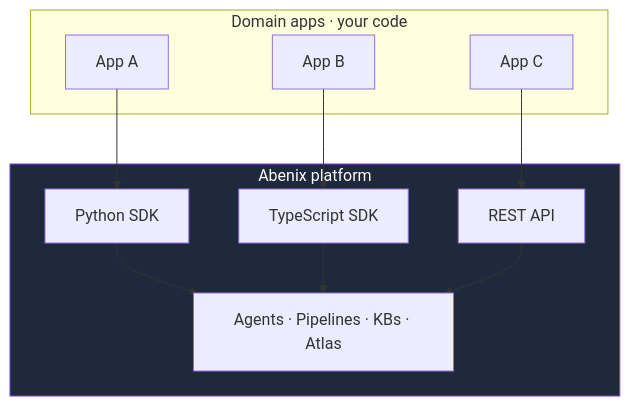
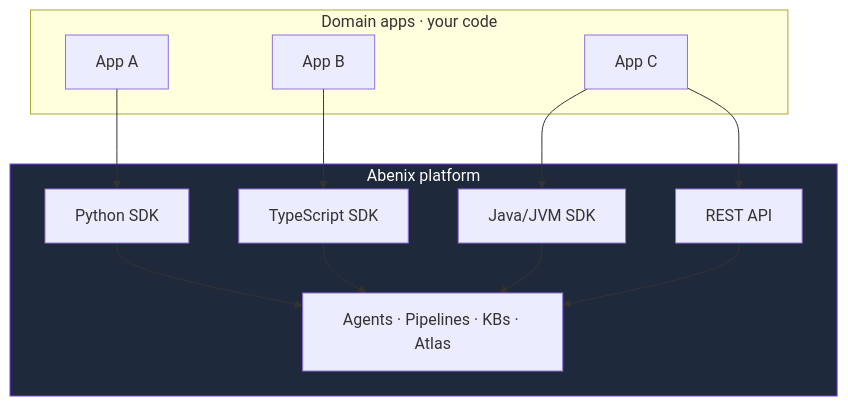
Before and after one commit to sarkar4777/abenix: the tenth of 10 diagrams in README.md, drawn with Mermaid. The commit also changed other lines of this file and 8 other files, not shown here.

````diff
--- a/README.md
+++ b/README.md
@@ -611,24 +611,27 @@
 ```mermaid
 flowchart TB
     subgraph apps["Domain apps · your code"]
         APP1[App A]
         APP2[App B]
         APP3[App C]
     end
 
     subgraph platform["Abenix platform"]
         SDK_PY[Python SDK]
         SDK_TS[TypeScript SDK]
+        SDK_JV[Java/JVM SDK]
         REST[REST API]
         AGENTS[Agents · Pipelines · KBs · Atlas]
     end
 
     APP1 --> SDK_PY
     APP2 --> SDK_TS
+    APP3 --> SDK_JV
     APP3 --> REST
     SDK_PY --> AGENTS
     SDK_TS --> AGENTS
+    SDK_JV --> AGENTS
     REST --> AGENTS
 
     style platform fill:#1e293b,stroke:#7c3aed,color:#fff
 ```
````
